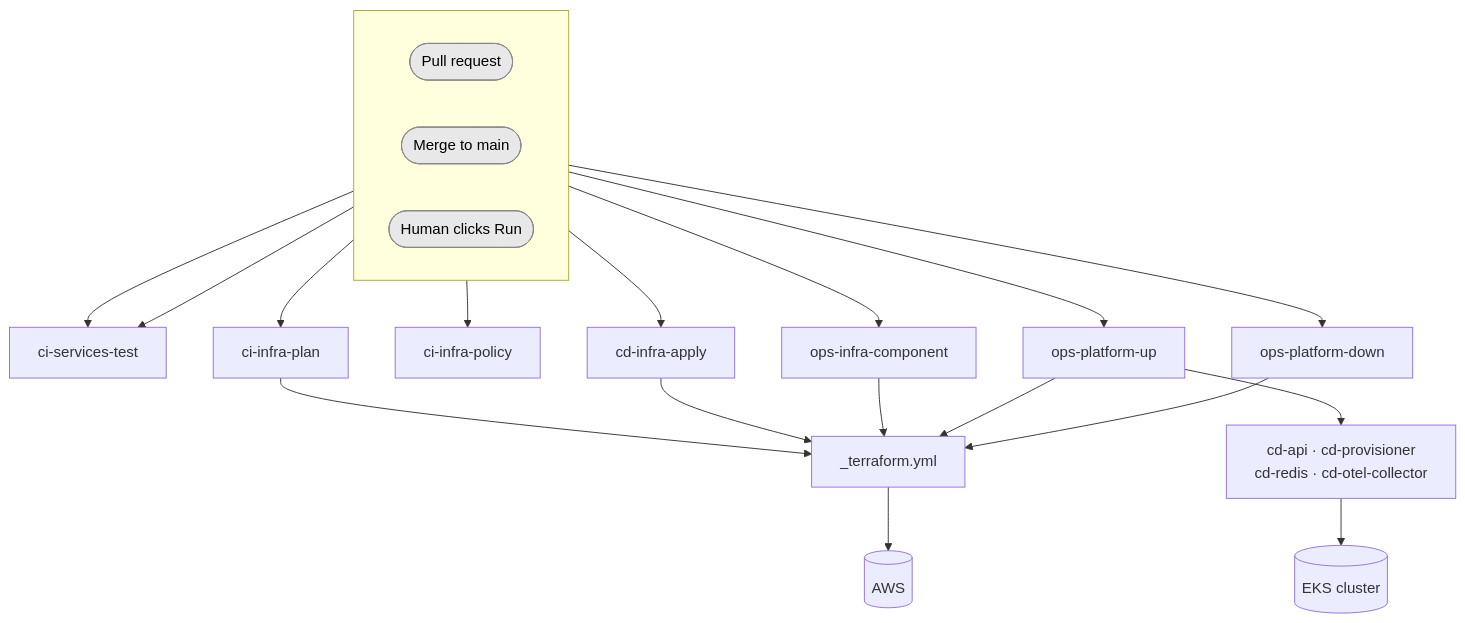
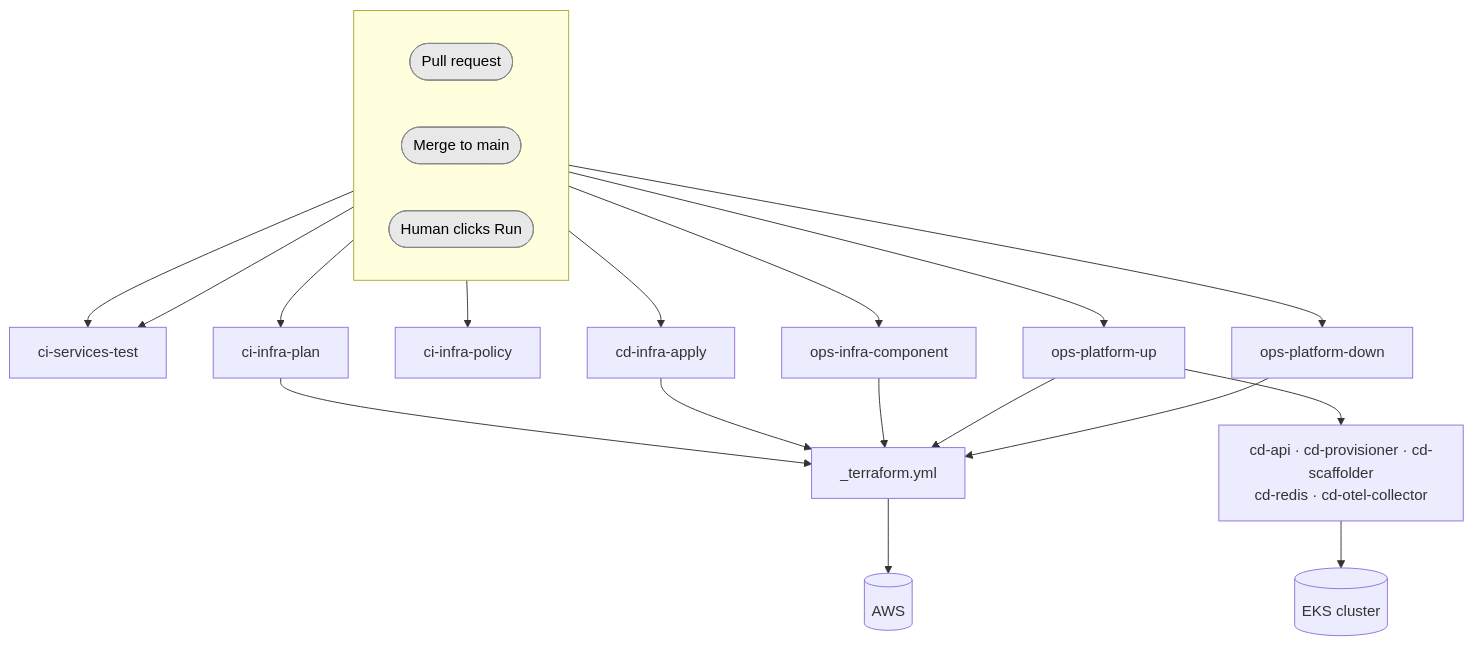
Before and after one commit to rafaelcmd/internal-developer-platform: the diagram in .github/workflows/README.md, drawn with Mermaid. The commit also changed other lines of this file and 57 other files, not shown here.

````diff
--- a/.github/workflows/README.md
+++ b/.github/workflows/README.md
@@ -54,31 +55,31 @@
 ```mermaid
 flowchart TD
     subgraph triggers[" "]
         direction LR
         PR([Pull request]):::t
         MAIN([Merge to main]):::t
         HUMAN([Human clicks Run]):::t
     end
 
     PR --> CIT[ci-services-test]
     PR --> CIP[ci-infra-plan]
     PR --> CIC[ci-infra-policy]
     MAIN --> CDI[cd-infra-apply]
     MAIN --> CIT
     HUMAN --> UP[ops-platform-up]
     HUMAN --> DOWN[ops-platform-down]
     HUMAN --> COMP[ops-infra-component]
 
     CIP --> TF["_terraform.yml"]
     CDI --> TF
     COMP --> TF
     UP --> TF
     DOWN --> TF
 
-    UP --> DEPLOYS["cd-api · cd-provisioner<br/>cd-redis · cd-otel-collector"]
+    UP --> DEPLOYS["cd-api · cd-provisioner · cd-scaffolder<br/>cd-redis · cd-otel-collector"]
 
     TF --> AWS[(AWS)]
     DEPLOYS --> EKS[(EKS cluster)]
 
     classDef t fill:#e8e8e8,stroke:#888,color:#000
 ```
````
